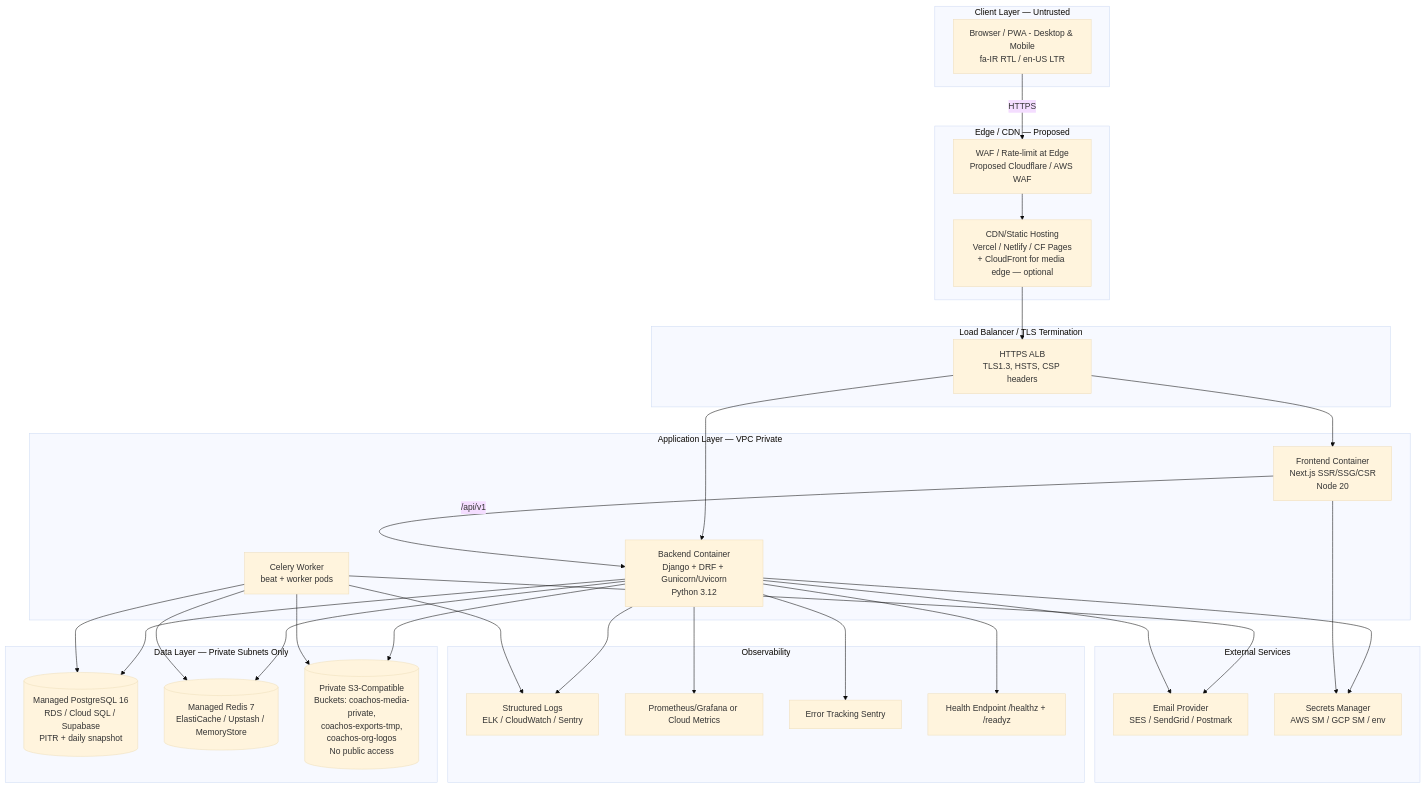
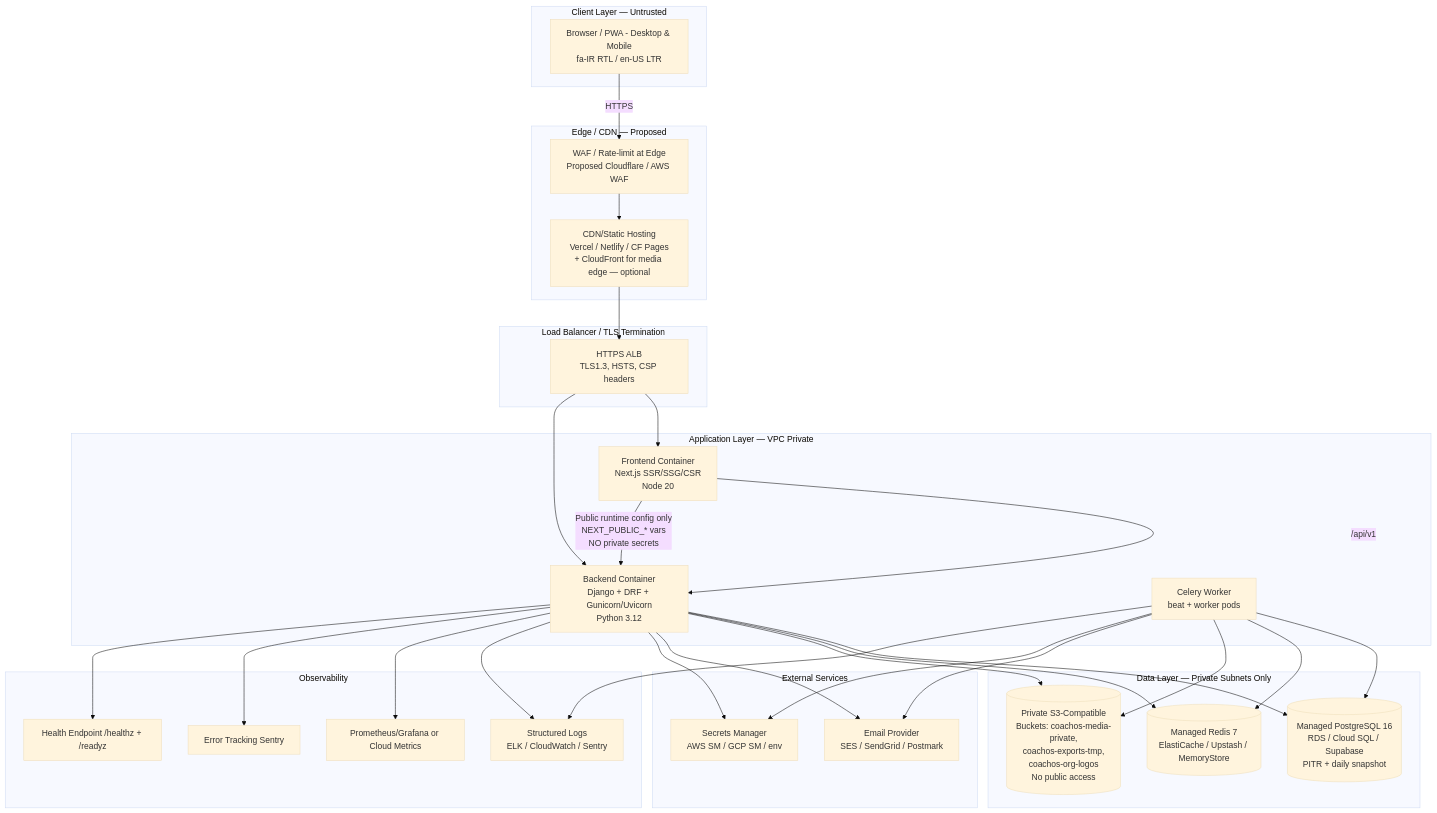
One commit to AliNaderiii/CoachOS-Fitness-Coaching-Platform changed the first of 2 diagrams in docs/architecture/DEPLOYMENT_ARCHITECTURE.md. Above: the diagram before and after it, drawn with Mermaid (base theme). The commit also changed other lines of this file and 15 other files, not shown here.

````diff
--- a/docs/architecture/DEPLOYMENT_ARCHITECTURE.md
+++ b/docs/architecture/DEPLOYMENT_ARCHITECTURE.md
@@ -11,60 +11,61 @@
 ```mermaid
 flowchart TB
     subgraph Client [Client Layer — Untrusted]
         Browser[Browser / PWA - Desktop & Mobile<br/>fa-IR RTL / en-US LTR]
     end
 
     subgraph Edge [Edge / CDN — Proposed]
         CDN[CDN/Static Hosting<br/>Vercel / Netlify / CF Pages<br/>+ CloudFront for media edge — optional]
         WAF[WAF / Rate-limit at Edge<br/>Proposed Cloudflare / AWS WAF]
     end
 
     subgraph LB [Load Balancer / TLS Termination]
         ALB[HTTPS ALB<br/>TLS1.3, HSTS, CSP headers]
     end
 
     subgraph App [Application Layer — VPC Private]
         FE[Frontend Container<br/>Next.js SSR/SSG/CSR<br/>Node 20]
         BE[Backend Container<br/>Django + DRF + Gunicorn/Uvicorn<br/>Python 3.12]
         Worker[Celery Worker<br/>beat + worker pods]
     end
 
     subgraph Data [Data Layer — Private Subnets Only]
         PG[(Managed PostgreSQL 16<br/>RDS / Cloud SQL / Supabase<br/>PITR + daily snapshot)]
         Redis[(Managed Redis 7<br/>ElastiCache / Upstash / MemoryStore)]
         S3[(Private S3-Compatible<br/>Buckets: coachos-media-private,<br/>coachos-exports-tmp,<br/>coachos-org-logos<br/>No public access)]
     end
 
     subgraph Observ [Observability]
         Logs[Structured Logs<br/>ELK / CloudWatch / Sentry]
         Metrics[Prometheus/Grafana or Cloud Metrics]
         SentryErr[Error Tracking Sentry]
         Health[Health Endpoint /healthz + /readyz]
     end
 
     subgraph External [External Services]
         EmailSvc[Email Provider<br/>SES / SendGrid / Postmark]
         SecretMgr[Secrets Manager<br/>AWS SM / GCP SM / env]
     end
 
     Browser -->|HTTPS| WAF --> CDN
     CDN --> ALB
     ALB --> FE
     ALB --> BE
     FE -->|/api/v1| BE
     BE --> PG
     BE --> Redis
     BE --> S3
     Worker --> PG
     Worker --> Redis
     Worker --> S3
     Worker --> EmailSvc
     BE --> EmailSvc
     BE --> SecretMgr
-    FE --> SecretMgr
+    Worker --> SecretMgr
+    FE -->|Public runtime config only<br/>NEXT_PUBLIC_* vars<br/>NO private secrets| BE
     BE --> Logs
     BE --> Metrics
     BE --> SentryErr
     BE --> Health
     Worker --> Logs
 ```
````
